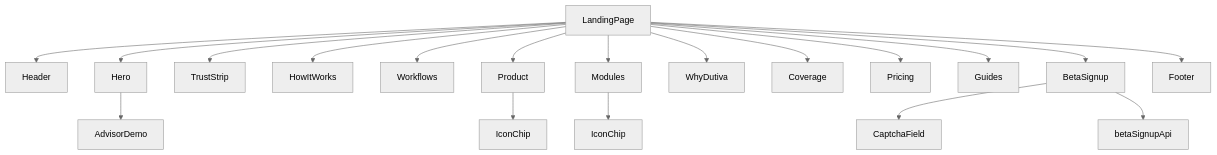
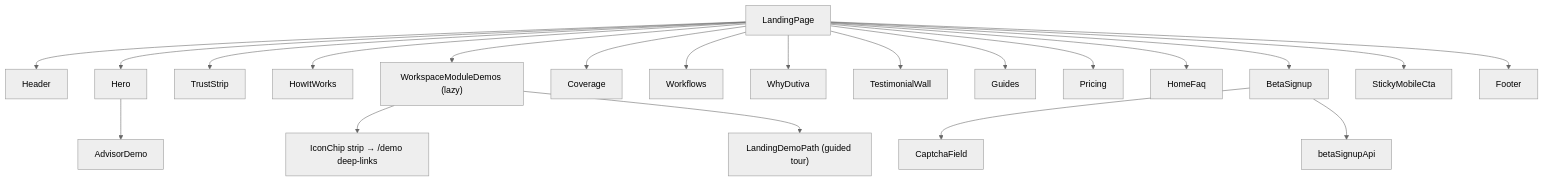
The first of 4 diagrams in docs/wiki/Landing-Page-Pricing-Beta-Signup.md (Dutiva-Canada/Dutiva_Web), drawn with Mermaid (neutral theme) before and after one commit. The commit also changed other lines of this file and 84 other files, not shown here.

````diff
--- a/docs/wiki/Landing-Page-Pricing-Beta-Signup.md
+++ b/docs/wiki/Landing-Page-Pricing-Beta-Signup.md
@@ -74,22 +77,24 @@
 ```mermaid
 graph TD
     LP["LandingPage"] --> Header["Header"]
     LP --> Hero["Hero"]
     LP --> TS["TrustStrip"]
     LP --> HIW["HowItWorks"]
+    LP --> WMD["WorkspaceModuleDemos (lazy)"]
+    LP --> Cov["Coverage"]
     LP --> WF["Workflows"]
-    LP --> Prod["Product"]
-    LP --> Mod["Modules"]
     LP --> WD["WhyDutiva"]
-    LP --> Cov["Coverage"]
+    LP --> TW["TestimonialWall"]
+    LP --> Gu["Guides"]
     LP --> Pr["Pricing"]
-    LP --> Gu["Guides"]
+    LP --> HF["HomeFaq"]
     LP --> BS["BetaSignup"]
+    LP --> SMC["StickyMobileCta"]
     LP --> Footer["Footer"]
 
     Hero --> AD["AdvisorDemo"]
-    Prod --> IC["IconChip"]
-    Mod --> IC2["IconChip"]
+    WMD --> IC["IconChip strip → /demo deep-links"]
+    WMD --> LDP["LandingDemoPath (guided tour)"]
     BS --> CSF["CaptchaField"]
     BS --> BSAPI["betaSignupApi"]
 ```
````
